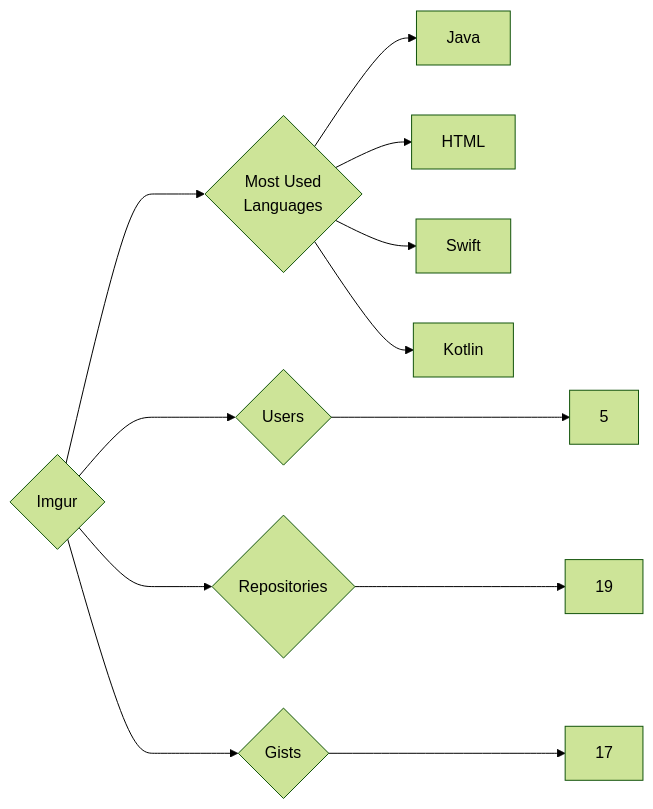
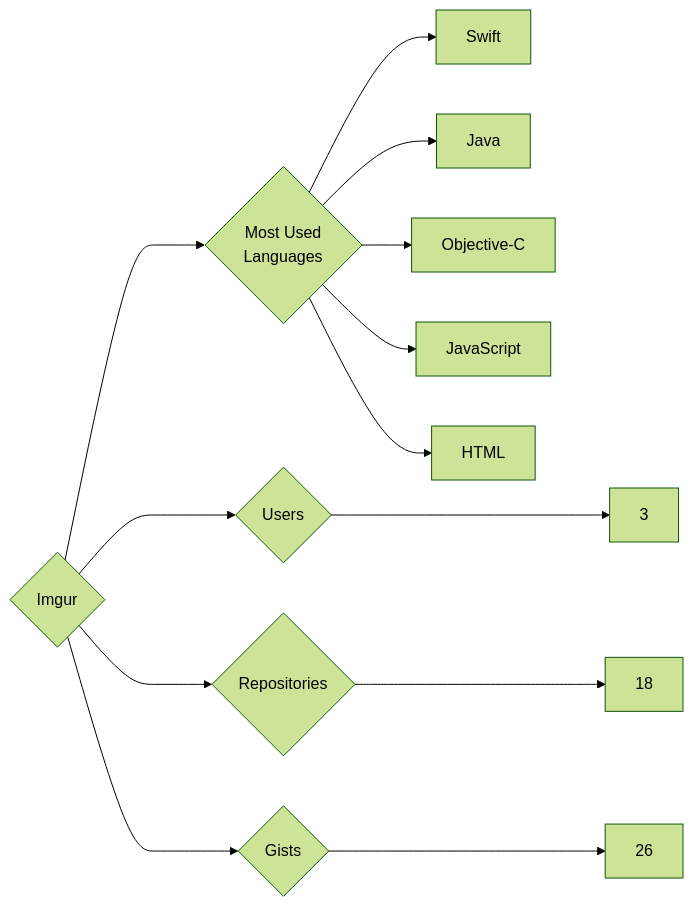
The diagram in targets/Imgur/README.md (trickest/insiders), drawn with Mermaid (forest theme) before and after one commit. The commit also changed 757 other files, not shown here.

````diff
--- a/targets/Imgur/README.md
+++ b/targets/Imgur/README.md
@@ -3,12 +3,13 @@
 ```mermaid
 graph LR
 COMPANY_NAME{Imgur}
-COMPANY_NAME ---> U{Users} ---> UN[5]
-COMPANY_NAME ---> R{Repositories} ---> RN[19]
-COMPANY_NAME ---> G{Gists} ---> GN[17]
+COMPANY_NAME ---> U{Users} ---> UN[3]
+COMPANY_NAME ---> R{Repositories} ---> RN[18]
+COMPANY_NAME ---> G{Gists} ---> GN[26]
 COMPANY_NAME ---> ML{Most Used<br>Languages}
+ML --> Swift[Swift]
 ML --> Java[Java]
+ML --> Objective-C[Objective-C]
+ML --> JavaScript[JavaScript]
 ML --> HTML[HTML]
-ML --> Swift[Swift]
-ML --> Kotlin[Kotlin]
 ```
````
